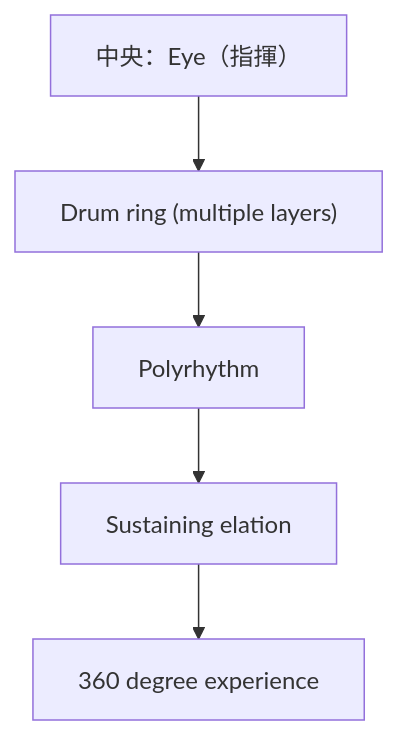
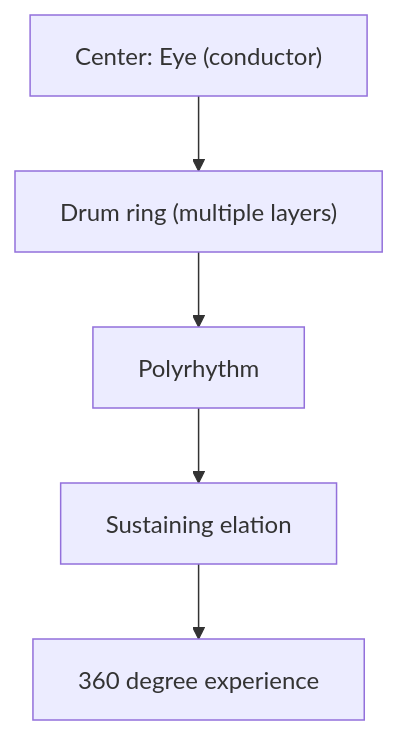
Before and after one commit to monumental-movement/monumental-movement.github.io: the third of 6 diagrams in en/_posts/2025-12-05-column-boredoms.md, drawn with Mermaid. The commit also changed other lines of this file and 851 other files, not shown here.

```diff
--- a/en/_posts/2025-12-05-column-boredoms.md
+++ b/en/_posts/2025-12-05-column-boredoms.md
@@ -160,7 +160,7 @@
 <div class="mermaid">
 flowchart TD
-    A["中央：Eye（指揮）"] --> B["Drum ring (multiple layers)"]
+    A["Center: Eye (conductor)"] --> B["Drum ring (multiple layers)"]
     B --> C["Polyrhythm"]
     C --> D["Sustaining elation"]
     D --> E["360 degree experience"]
 </div>
```
